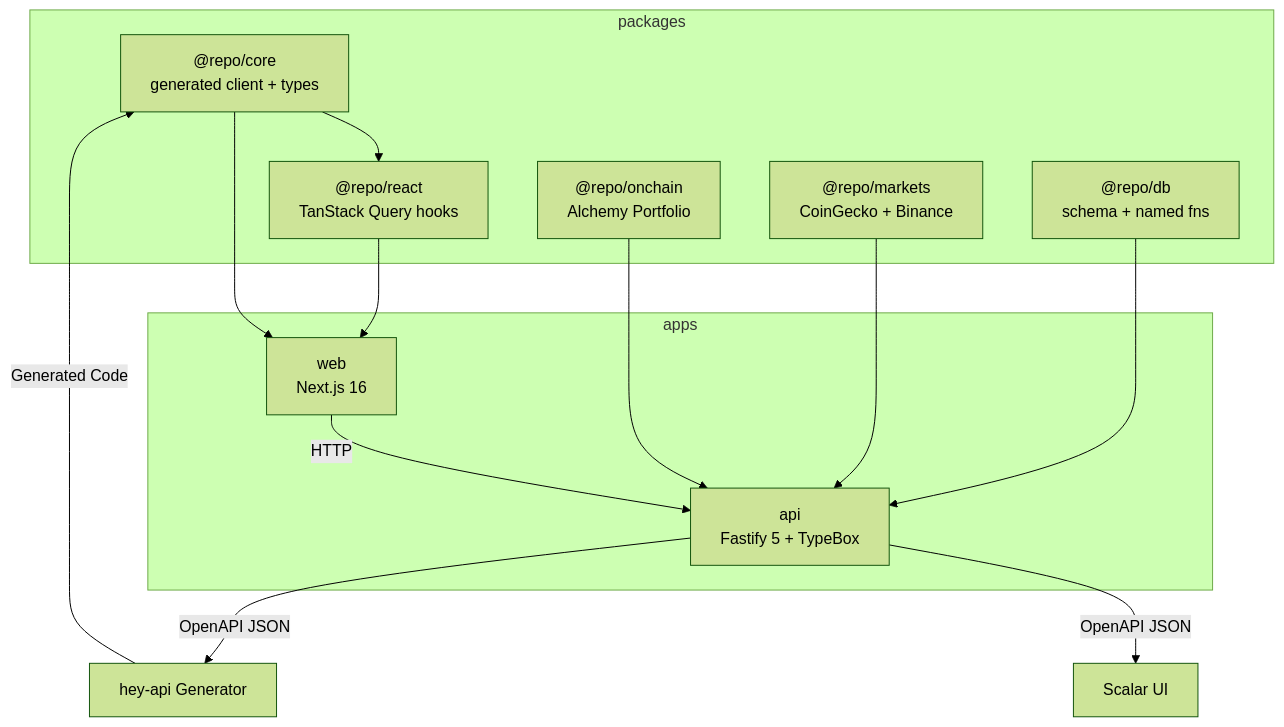
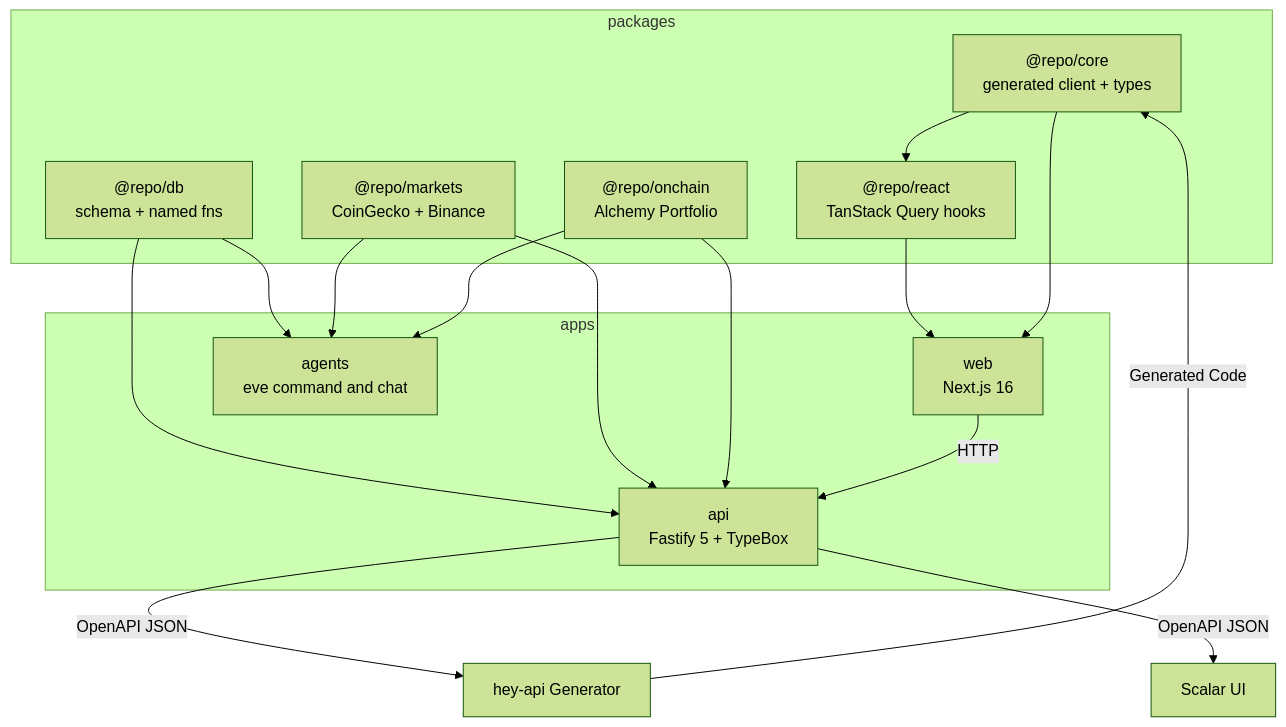
One commit to blockmatic/basilic changed the diagram in apps/docu/content/docs/development/package-conventions.mdx. Above: the diagram before and after it, drawn with Mermaid (forest theme). The commit also changed 18 other files, not shown here.

First line of the commit message:
feat(agents): disable optional eve default tools (#265)

````diff
--- a/apps/docu/content/docs/development/package-conventions.mdx
+++ b/apps/docu/content/docs/development/package-conventions.mdx
@@ -44,28 +44,32 @@
 ```mermaid
 flowchart TB
   subgraph P[packages]
     K["@repo/core<br/>generated client + types"]
     R["@repo/react<br/>TanStack Query hooks"]
     D["@repo/db<br/>schema + named fns"]
     M["@repo/markets<br/>CoinGecko + Binance"]
     O["@repo/onchain<br/>Alchemy Portfolio"]
   end
 
   subgraph A[apps]
     API["api<br/>Fastify 5 + TypeBox"]
     WEB["web<br/>Next.js 16"]
+    AGENTS["agents<br/>eve command and chat"]
   end
 
   K --> R
   D --> API
   M --> API
   O --> API
+  D --> AGENTS
+  M --> AGENTS
+  O --> AGENTS
 
   API -->|OpenAPI JSON| GEN[hey-api Generator]
   GEN -->|Generated Code| K
   API -->|OpenAPI JSON| DOCS[Scalar UI]
 
   R --> WEB
   K --> WEB
   WEB -->|HTTP| API
 ```
````
